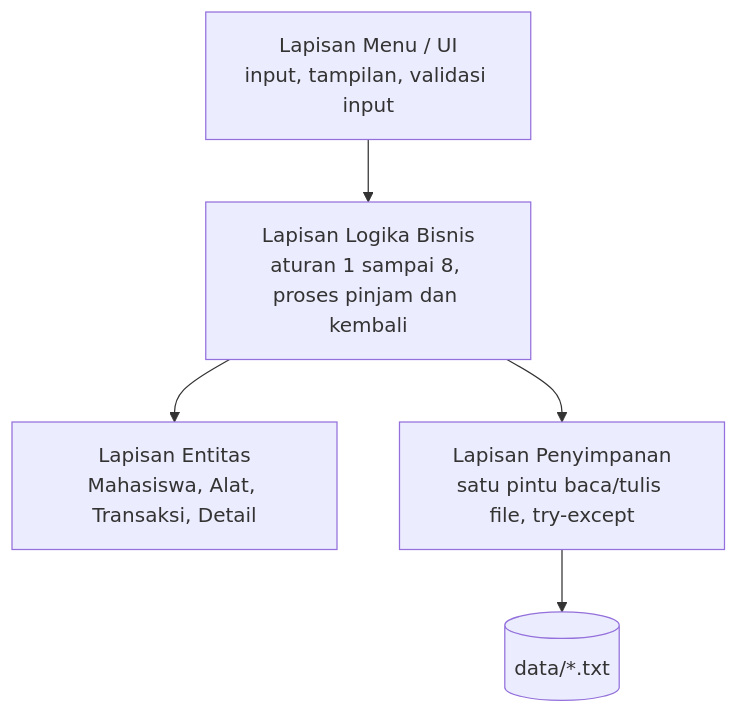
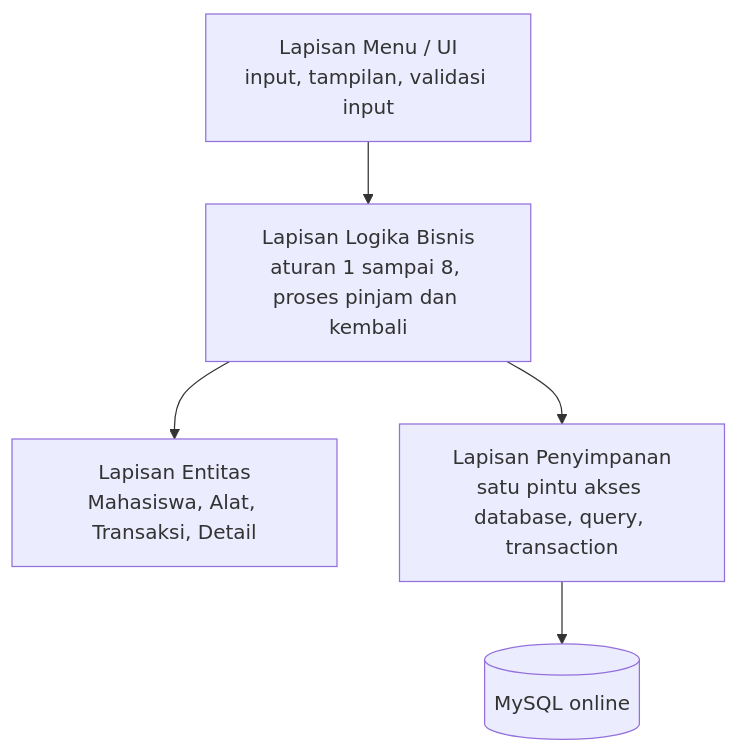
Before and after one commit to rifaidanu/project-praktikum-pemrograman: the tenth of 10 diagrams in project_kedua/project_instruction.md, drawn with Mermaid. The commit also changed other lines of this file and 7 other files, not shown here.

````diff
--- a/project_kedua/project_instruction.md
+++ b/project_kedua/project_instruction.md
@@ -429,7 +521,7 @@
 ```mermaid
 flowchart TB
     UI["Lapisan Menu / UI<br/>input, tampilan, validasi input"] --> SV["Lapisan Logika Bisnis<br/>aturan 1 sampai 8, proses pinjam dan kembali"]
     SV --> EN["Lapisan Entitas<br/>Mahasiswa, Alat, Transaksi, Detail"]
-    SV --> RP["Lapisan Penyimpanan<br/>satu pintu baca/tulis file, try-except"]
-    RP --> FL[("data/*.txt")]
+    SV --> RP["Lapisan Penyimpanan<br/>satu pintu akses database, query, transaction"]
+    RP --> DB[("MySQL online")]
 ```
````
